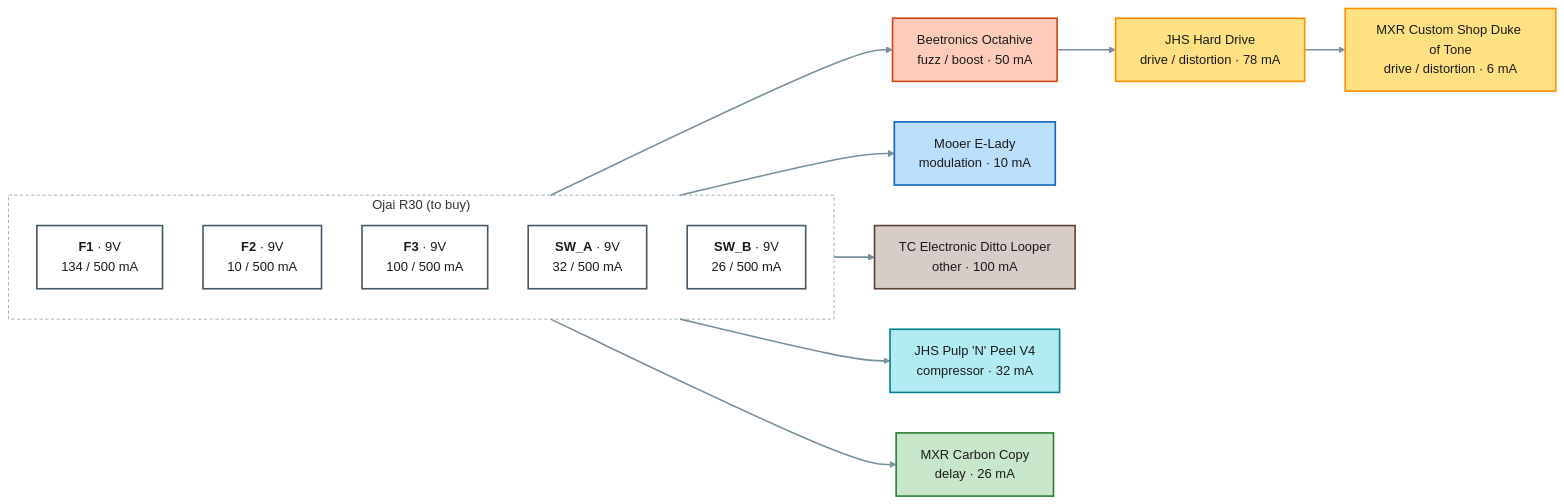
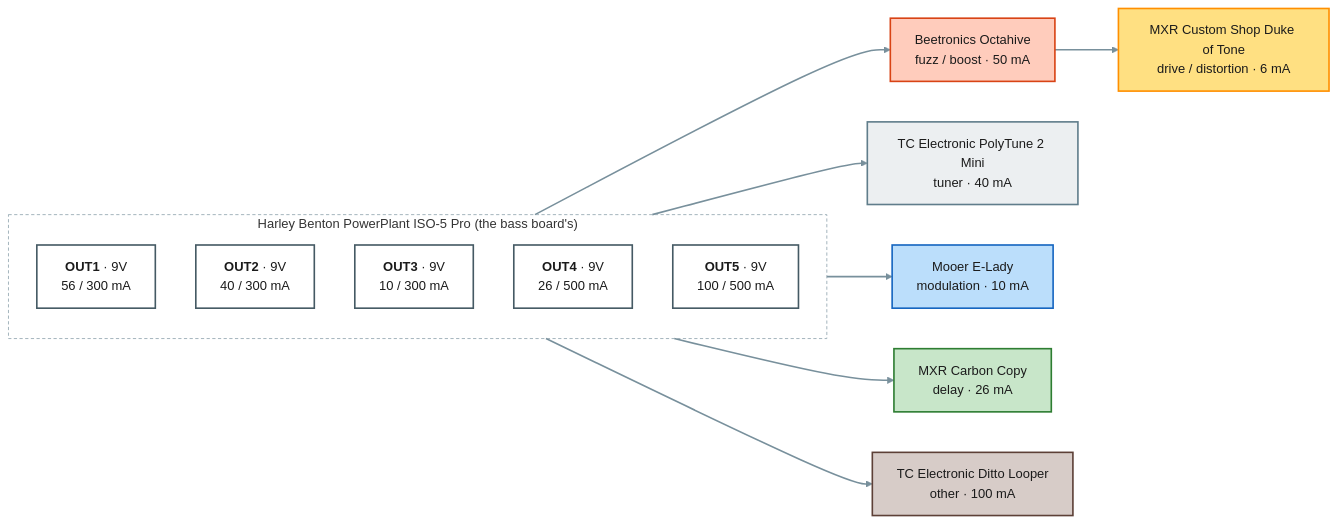
Before and after one commit to pedroacvieira/pedalboard: the second of 2 diagrams in projects/guitar-practice/README.md, drawn with Mermaid. The commit also changed other lines of this file and 12 other files, not shown here.

First line of the commit message:
guitar-practice: owned gear only, first Pedal Playground layout; bass rig's ISO-5 Pro and Duo 2.1

````diff
--- a/projects/guitar-practice/README.md
+++ b/projects/guitar-practice/README.md
@@ -69,36 +69,34 @@
 ```mermaid
 flowchart LR
-    subgraph psu1["Ojai R30 (to buy)"]
+    subgraph psu1["Harley Benton PowerPlant ISO-5 Pro (the bass board's)"]
         direction TB
-        psu1_F1["<b>F1</b> · 9V<br/>134 / 500 mA"]:::out9
-        psu1_F2["<b>F2</b> · 9V<br/>10 / 500 mA"]:::out9
-        psu1_F3["<b>F3</b> · 9V<br/>100 / 500 mA"]:::out9
-        psu1_SW_A["<b>SW_A</b> · 9V<br/>32 / 500 mA"]:::out9
-        psu1_SW_B["<b>SW_B</b> · 9V<br/>26 / 500 mA"]:::out9
+        psu1_OUT1["<b>OUT1</b> · 9V<br/>56 / 300 mA"]:::out9
+        psu1_OUT2["<b>OUT2</b> · 9V<br/>40 / 300 mA"]:::out9
+        psu1_OUT3["<b>OUT3</b> · 9V<br/>10 / 300 mA"]:::out9
+        psu1_OUT4["<b>OUT4</b> · 9V<br/>26 / 500 mA"]:::out9
+        psu1_OUT5["<b>OUT5</b> · 9V<br/>100 / 500 mA"]:::out9
     end
     octahive["Beetronics Octahive<br/>fuzz / boost · 50 mA"]:::c_fuzz___boost
-    jhs_hard_drive["JHS Hard Drive<br/>drive / distortion · 78 mA"]:::c_drive___distortion
     duke_of_tone["MXR Custom Shop Duke of Tone<br/>drive / distortion · 6 mA"]:::c_drive___distortion
+    polytune_2_mini["TC Electronic PolyTune 2 Mini<br/>tuner · 40 mA"]:::c_tuner
     e_lady["Mooer E-Lady<br/>modulation · 10 mA"]:::c_modulation
+    carbon_copy["MXR Carbon Copy<br/>delay · 26 mA"]:::c_delay
     ditto_looper["TC Electronic Ditto Looper<br/>other · 100 mA"]:::c_other
-    jhs_pulp_n_peel_v4["JHS Pulp 'N' Peel V4<br/>compressor · 32 mA"]:::c_compressor
-    carbon_copy["MXR Carbon Copy<br/>delay · 26 mA"]:::c_delay
-    psu1_F1 --> octahive
-    octahive --> jhs_hard_drive
-    jhs_hard_drive --> duke_of_tone
-    psu1_F2 --> e_lady
-    psu1_F3 --> ditto_looper
-    psu1_SW_A --> jhs_pulp_n_peel_v4
-    psu1_SW_B --> carbon_copy
+    psu1_OUT1 --> octahive
+    octahive --> duke_of_tone
+    psu1_OUT2 --> polytune_2_mini
+    psu1_OUT3 --> e_lady
+    psu1_OUT4 --> carbon_copy
+    psu1_OUT5 --> ditto_looper
     classDef out9 fill:#ffffff,stroke:#455a64,stroke-width:2px,color:#1b1b1b
     classDef out18 fill:#ffffff,stroke:#d84315,stroke-width:3px,color:#1b1b1b
     classDef spare fill:#fafafa,stroke:#9e9e9e,stroke-dasharray:4 3,color:#757575
-    classDef c_compressor fill:#b2ebf2,stroke:#00838f,stroke-width:2px,color:#1b1b1b
+    classDef c_tuner fill:#eceff1,stroke:#607d8b,stroke-width:2px,color:#1b1b1b
     classDef c_fuzz___boost fill:#ffccbc,stroke:#d84315,stroke-width:2px,color:#1b1b1b
     classDef c_drive___distortion fill:#ffe082,stroke:#ff8f00,stroke-width:2px,color:#1b1b1b
     classDef c_modulation fill:#bbdefb,stroke:#1565c0,stroke-width:2px,color:#1b1b1b
     classDef c_delay fill:#c8e6c9,stroke:#2e7d32,stroke-width:2px,color:#1b1b1b
     classDef c_other fill:#d7ccc8,stroke:#5d4037,stroke-width:2px,color:#1b1b1b
     style psu1 fill:none,stroke:#90a4ae,stroke-dasharray:4 3
     linkStyle default stroke:#78909c,stroke-width:2px
 ```
````
